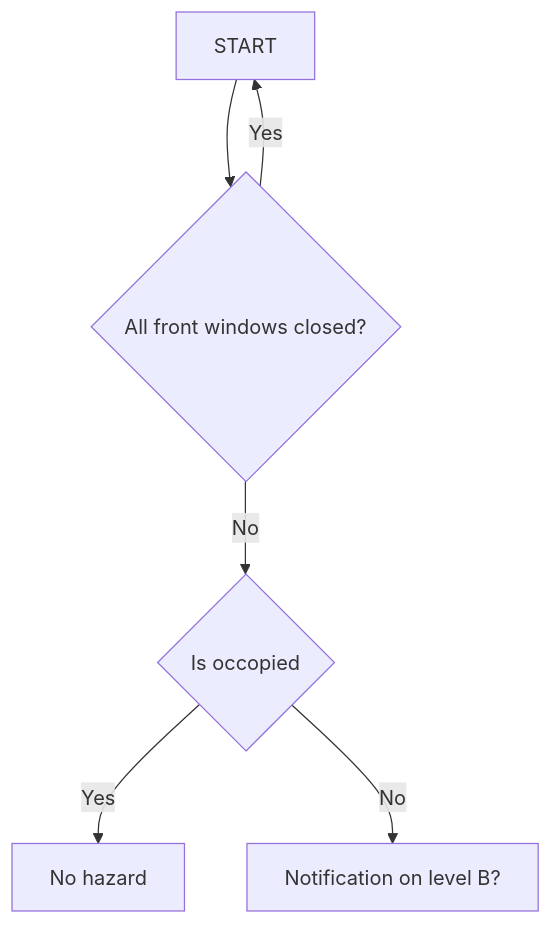
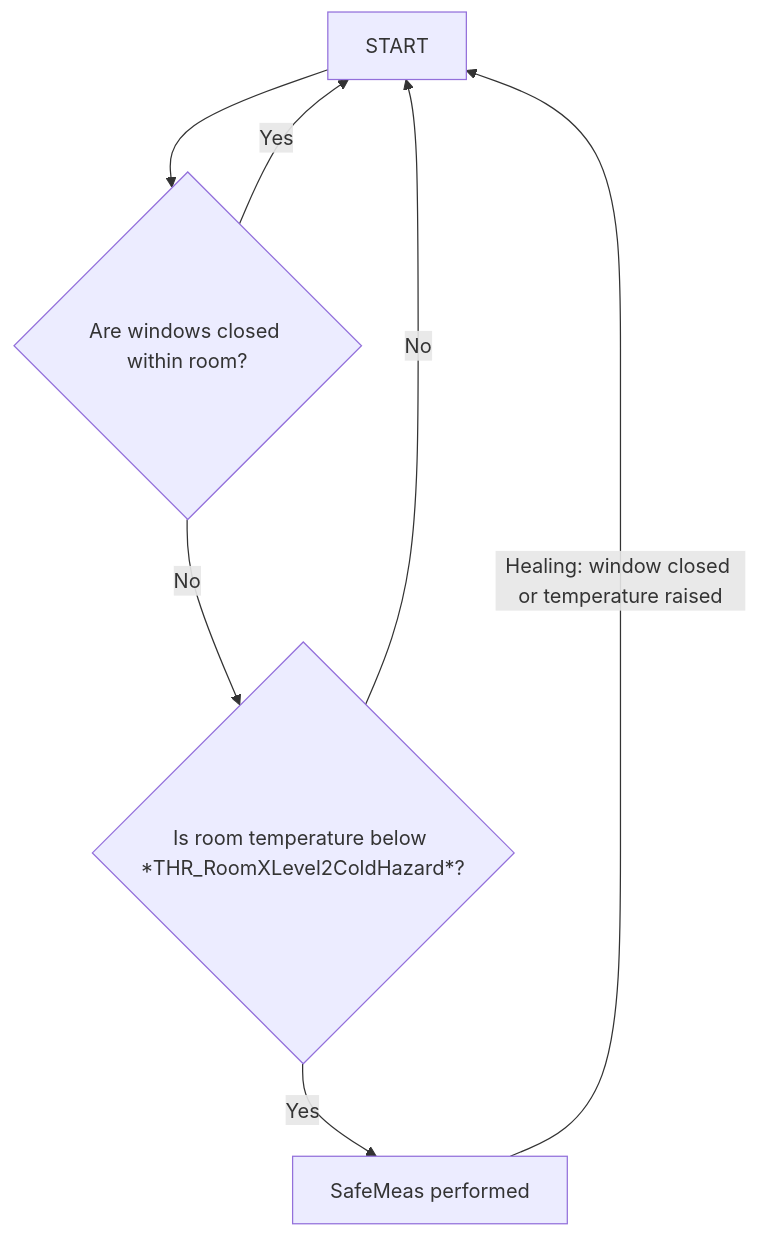
Before and after one commit to Arkaqius/SafetyComponent: the sixth of 6 diagrams in SafetyConcept/SafetyConcept.md, drawn with Mermaid. The commit also changed other lines of this file, not shown here.

Commit message:
add state machines for window component, reshape document

````diff
--- a/SafetyConcept/SafetyConcept.md
+++ b/SafetyConcept/SafetyConcept.md
@@ -434,9 +474,9 @@
 ```mermaid
 flowchart TD
-    A[START] -->| | B{All front windows closed?}
+    A[START] -->| | B{Are windows closed within room?}
     B -->|Yes| A
-    B -->|No| C{Is occopied}
-    C -->|Yes| D[No hazard]
-    C -->|No| E[Notification on level B?]
-
+    B -->|No| C{Is room temperature below *THR_RoomXLevel2ColdHazard*?}
+    C -->|No| A
+    C-->|Yes| E[SafeMeas performed]
+    E -->|Healing: window closed or temperature raised| A
 ```
````
